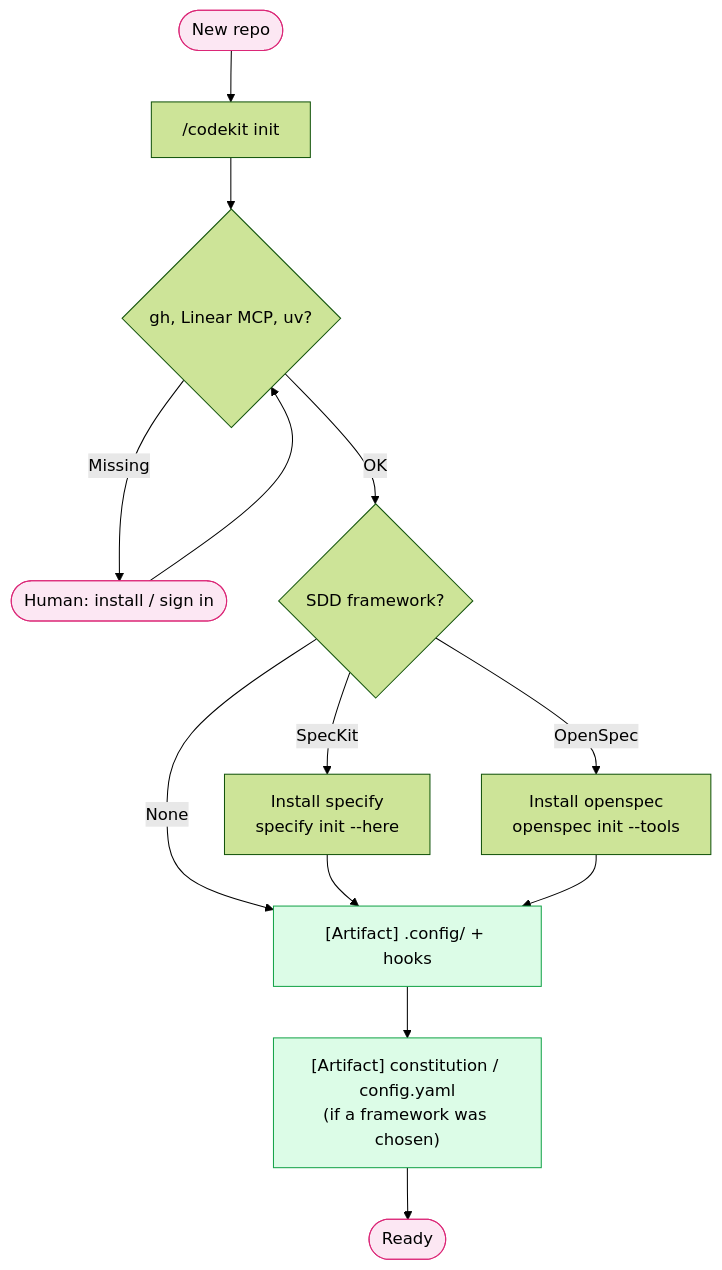
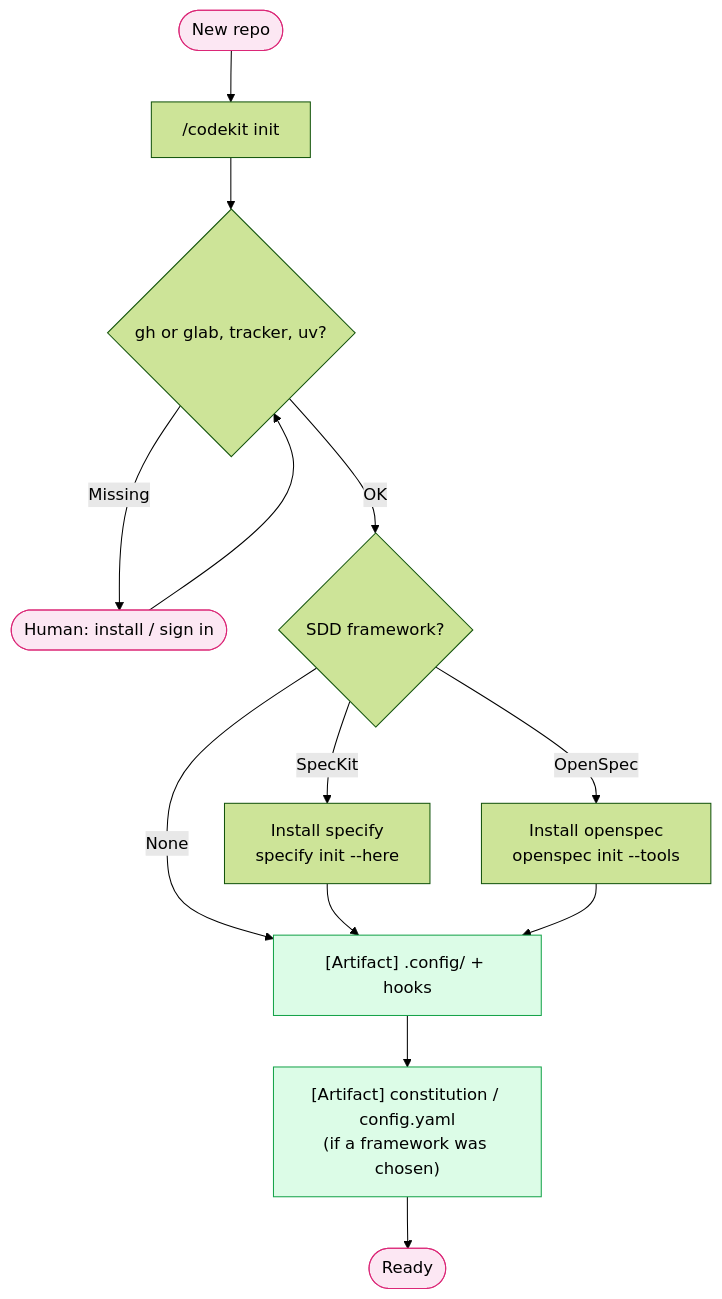
Before and after one commit to TheLampshady/codekit: the second of 5 diagrams in docs/USAGE_FLOW.md, drawn with Mermaid (forest theme). The commit also changed other lines of this file and 46 other files, not shown here.

First line of the commit message:
[TASK] :: Add GitLab issues and merge requests alongside Linear, picked by codekit.tracker

````diff
--- a/docs/USAGE_FLOW.md
+++ b/docs/USAGE_FLOW.md
@@ -85,20 +85,20 @@
 ```mermaid
 flowchart TD
     Start([New repo]) --> Init["/codekit init"]
-    Init --> Checks{gh, Linear MCP, uv?}
+    Init --> Checks{gh or glab, tracker, uv?}
     Checks -- Missing --> Fix([Human: install / sign in]) --> Checks
     Checks -- OK --> SDD{SDD framework?}
     SDD -- SpecKit --> SK[Install specify<br/>specify init --here]
     SDD -- OpenSpec --> OS[Install openspec<br/>openspec init --tools]
     SDD -- None --> Configs
     SK --> Configs
     OS --> Configs
     Configs["[Artifact] .config/ + hooks"] --> Const["[Artifact] constitution / config.yaml<br/>(if a framework was chosen)"]
     Const --> Ready([Ready])
 
     style Start fill:#fce7f3,stroke:#db2777
     style Fix fill:#fce7f3,stroke:#db2777
     style Ready fill:#fce7f3,stroke:#db2777
     style Configs fill:#dcfce7,stroke:#16a34a
     style Const fill:#dcfce7,stroke:#16a34a
 ```
````
